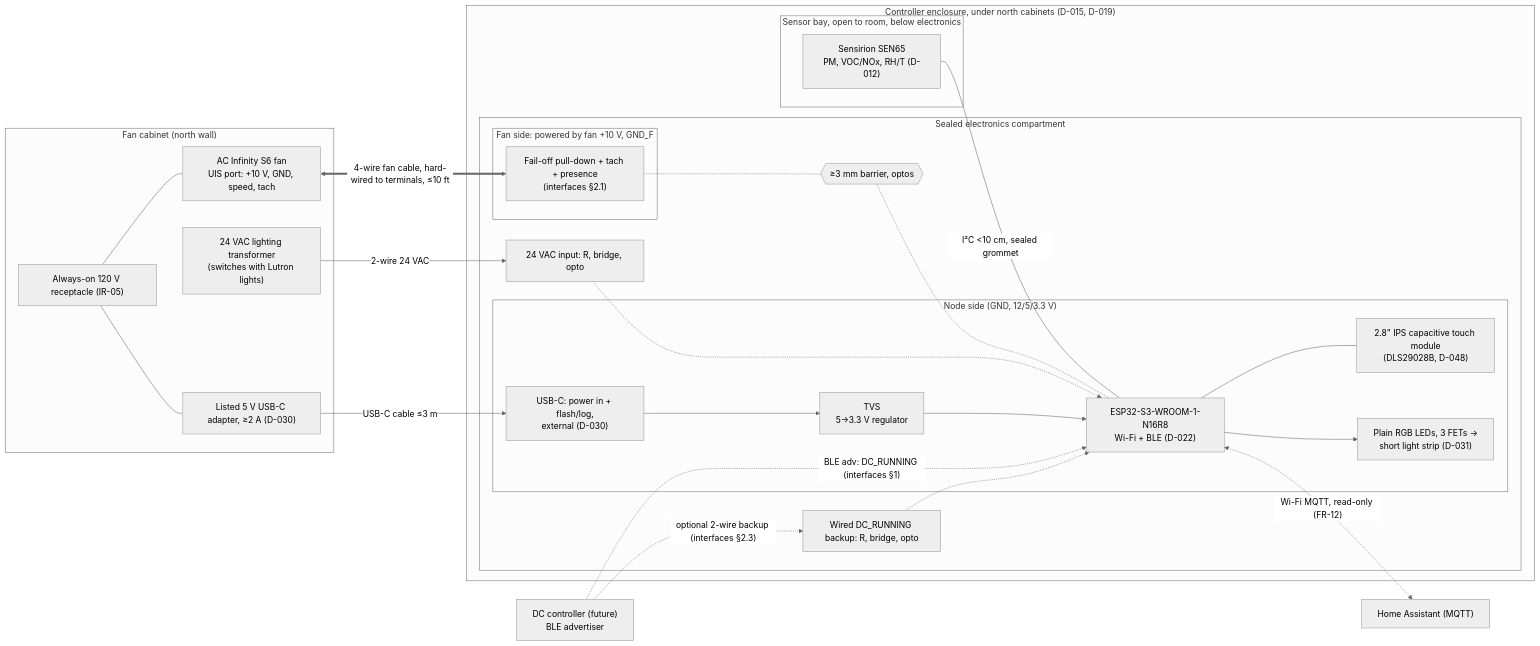
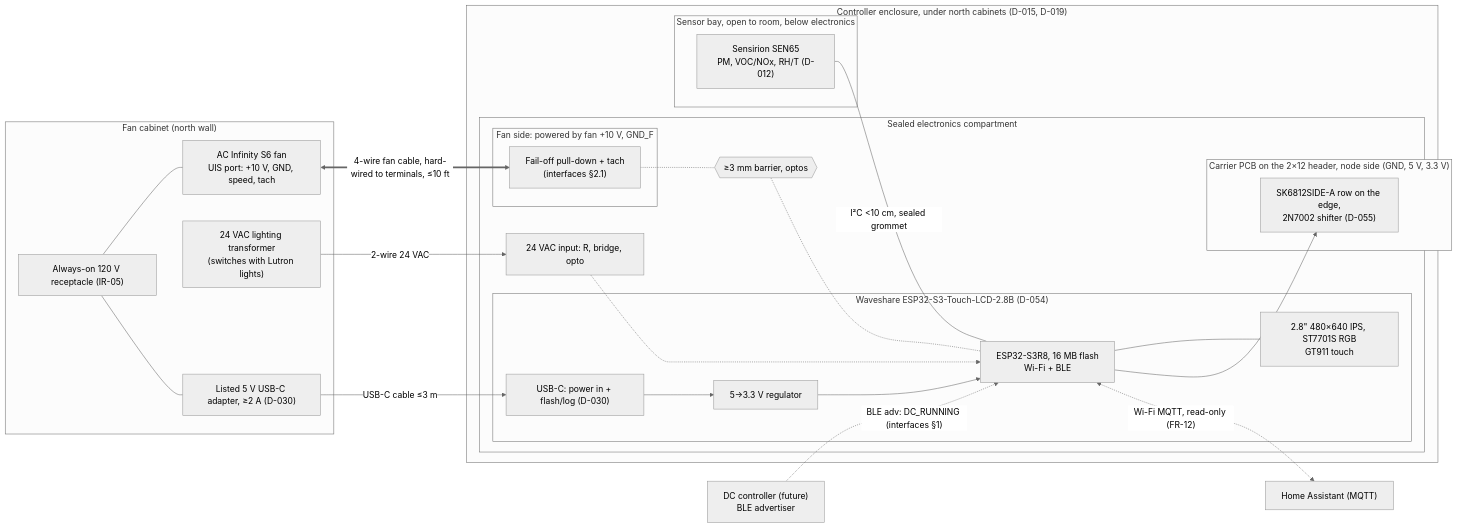
Before and after one commit to metcalf/shop-exhaust-control: the diagram in docs/architecture.md, drawn with Mermaid (neutral theme). The commit also changed other lines of this file and 4 other files, not shown here.

First line of the commit message:
Amend requirements, interfaces and architecture for route B (D-054, D-055)

````diff
--- a/docs/architecture.md
+++ b/docs/architecture.md
@@ -9,46 +9,46 @@
 ```mermaid
 flowchart LR
   subgraph CAB["Fan cabinet (north wall)"]
     REC["Always-on 120 V receptacle (IR-05)"]
     S6["AC Infinity S6 fan<br/>UIS port: +10 V, GND, speed, tach"]
     XFMR["24 VAC lighting transformer<br/>(switches with Lutron lights)"]
     PSU["Listed 5 V USB-C adapter, ≥2 A (D-030)"]
     REC --- S6
     REC --- PSU
   end
 
   subgraph ENC["Controller enclosure, under north cabinets (D-015, D-019)"]
     subgraph EC["Sealed electronics compartment"]
       subgraph FS["Fan side: powered by fan +10 V, GND_F"]
-        FAN_IF["Fail-off pull-down + tach + presence<br/>(interfaces §2.1)"]
+        FAN_IF["Fail-off pull-down + tach<br/>(interfaces §2.1)"]
       end
       BAR1{{"≥3 mm barrier, optos"}}
-      subgraph NODE["Node side (GND, 12/5/3.3 V)"]
-        MCU["ESP32-S3-WROOM-1-N16R8<br/>Wi-Fi + BLE (D-022)"]
-        PWR["TVS<br/>5→3.3 V regulator"]
-        PANEL["2.8&quot; IPS capacitive touch module<br/>(DLS29028B, D-048)"]
-        LEDS["Plain RGB LEDs, 3 FETs →<br/>short light strip (D-031)"]
-        USB["USB-C: power in + flash/log,<br/>external (D-030)"]
+      subgraph WS["Waveshare ESP32-S3-Touch-LCD-2.8B (D-054)"]
+        MCU["ESP32-S3R8, 16 MB flash<br/>Wi-Fi + BLE"]
+        PWR["5→3.3 V regulator"]
+        PANEL["2.8&quot; 480×640 IPS, ST7701S RGB<br/>GT911 touch"]
+        USB["USB-C: power in + flash/log (D-030)"]
+      end
+      subgraph CAR["Carrier PCB on the 2×12 header, node side (GND, 5 V, 3.3 V)"]
+        LEDS["SK6812SIDE-A row on the edge,<br/>2N7002 shifter (D-055)"]
       end
       OCC_IF["24 VAC input: R, bridge, opto"]
-      DC_IF["Wired DC_RUNNING backup: R, bridge, opto"]
     end
     subgraph BAY["Sensor bay, open to room, below electronics"]
       SEN["Sensirion SEN65<br/>PM, VOC/NOx, RH/T (D-012)"]
     end
   end
 
   DC["DC controller (future)<br/>BLE advertiser"]
   HA["Home Assistant (MQTT)"]
 
   S6 <== "4-wire fan cable, hard-wired to terminals, ≤10 ft" ==> FAN_IF
   FAN_IF -.- BAR1 -.- MCU
   XFMR -- "2-wire 24 VAC" --> OCC_IF -.-> MCU
   PSU -- "USB-C cable ≤3 m" --> USB --> PWR --> MCU
   SEN -- "I²C <10 cm, sealed grommet" --- MCU
   MCU --- PANEL
   MCU --> LEDS
   DC -. "BLE adv: DC_RUNNING (interfaces §1)" .-> MCU
-  DC -. "optional 2-wire backup (interfaces §2.3)" .-> DC_IF -.-> MCU
   MCU <-. "Wi-Fi MQTT, read-only (FR-12)" .-> HA
 ```
````
